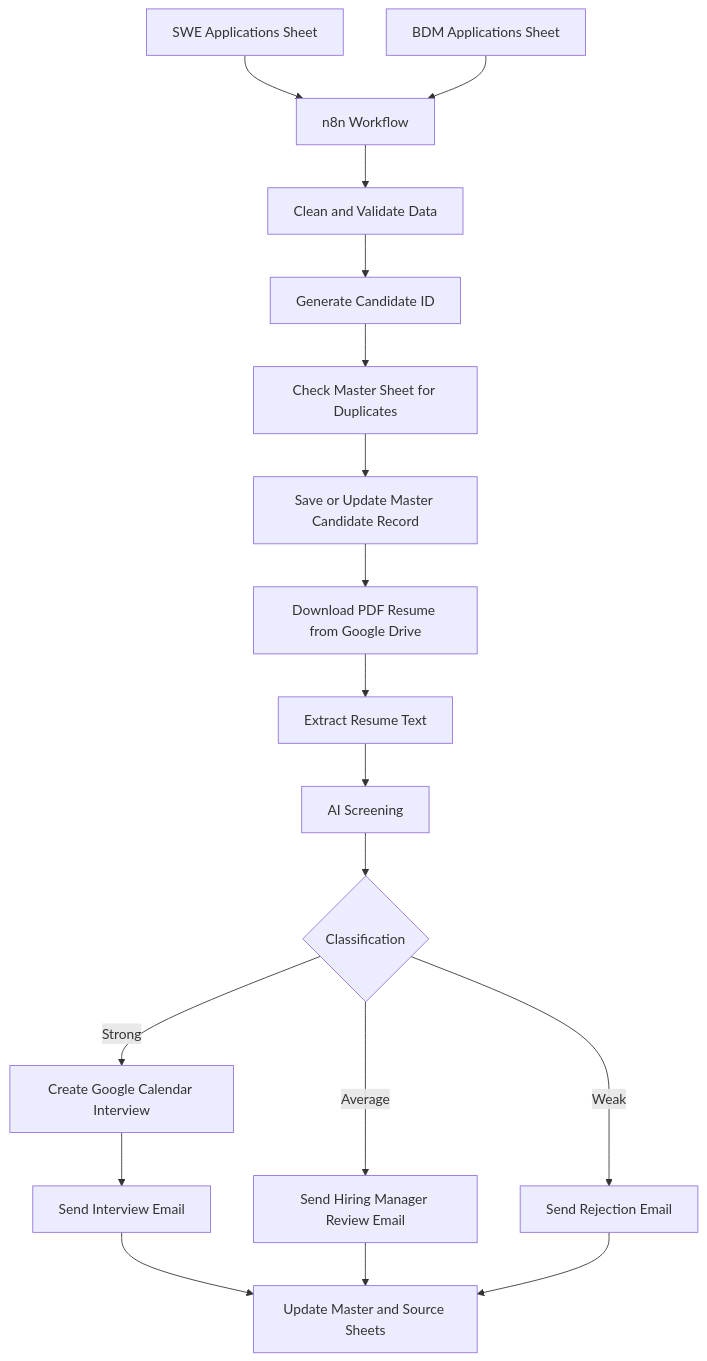
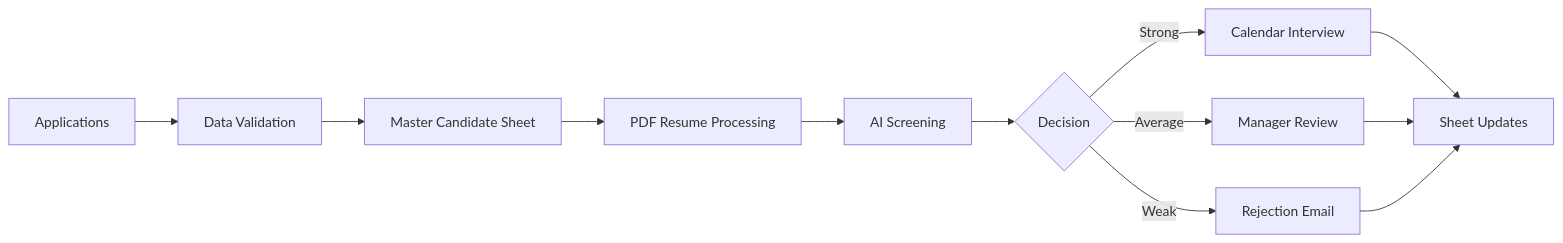
One commit to 21Afnan/n8n-multi-role-hiring-automation changed the diagram in README.md. Above: the diagram before and after it, drawn with Mermaid. The commit also changed other lines of this file, not shown here.

````diff
--- a/README.md
+++ b/README.md
@@ -30,20 +41,14 @@
 ```mermaid
-graph TD
-    A[SWE Applications Sheet] --> C[n8n Workflow]
-    B[BDM Applications Sheet] --> C
-    C --> D[Clean and Validate Data]
-    D --> E[Generate Candidate ID]
-    E --> F[Check Master Sheet for Duplicates]
-    F --> G[Save or Update Master Candidate Record]
-    G --> H[Download PDF Resume from Google Drive]
-    H --> I[Extract Resume Text]
-    I --> J[AI Screening]
-    J --> K{Classification}
-    K -- Strong --> L[Create Google Calendar Interview]
-    L --> M[Send Interview Email]
-    K -- Average --> N[Send Hiring Manager Review Email]
-    K -- Weak --> O[Send Rejection Email]
-    M --> P[Update Master and Source Sheets]
-    N --> P
-    O --> P
+graph LR
+    A[Applications] --> B[Data Validation]
+    B --> C[Master Candidate Sheet]
+    C --> D[PDF Resume Processing]
+    D --> E[AI Screening]
+    E --> F{Decision}
+    F -->|Strong| G[Calendar Interview]
+    F -->|Average| H[Manager Review]
+    F -->|Weak| I[Rejection Email]
+    G --> J[Sheet Updates]
+    H --> J
+    I --> J
 ```
````
